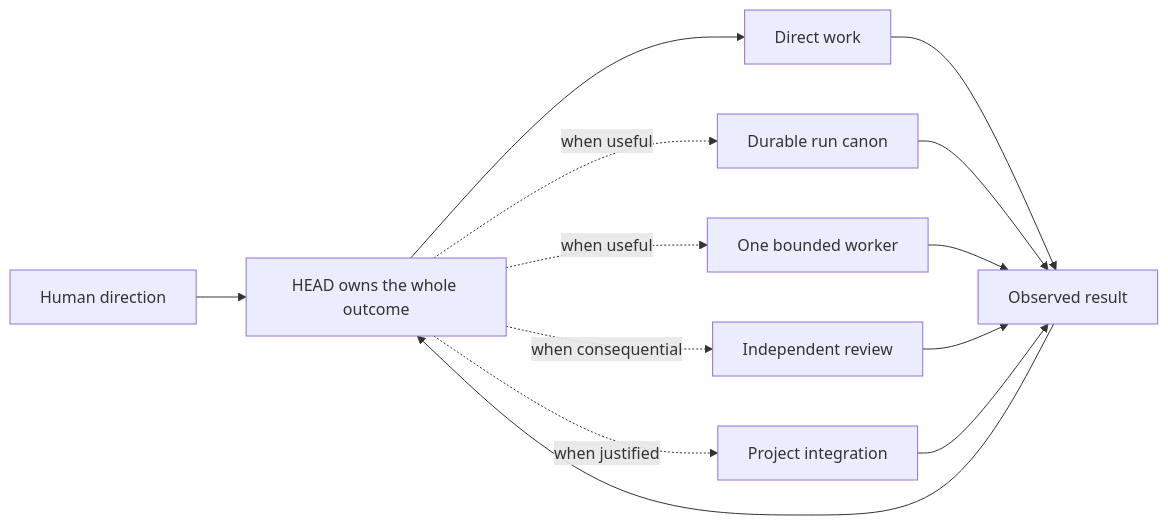
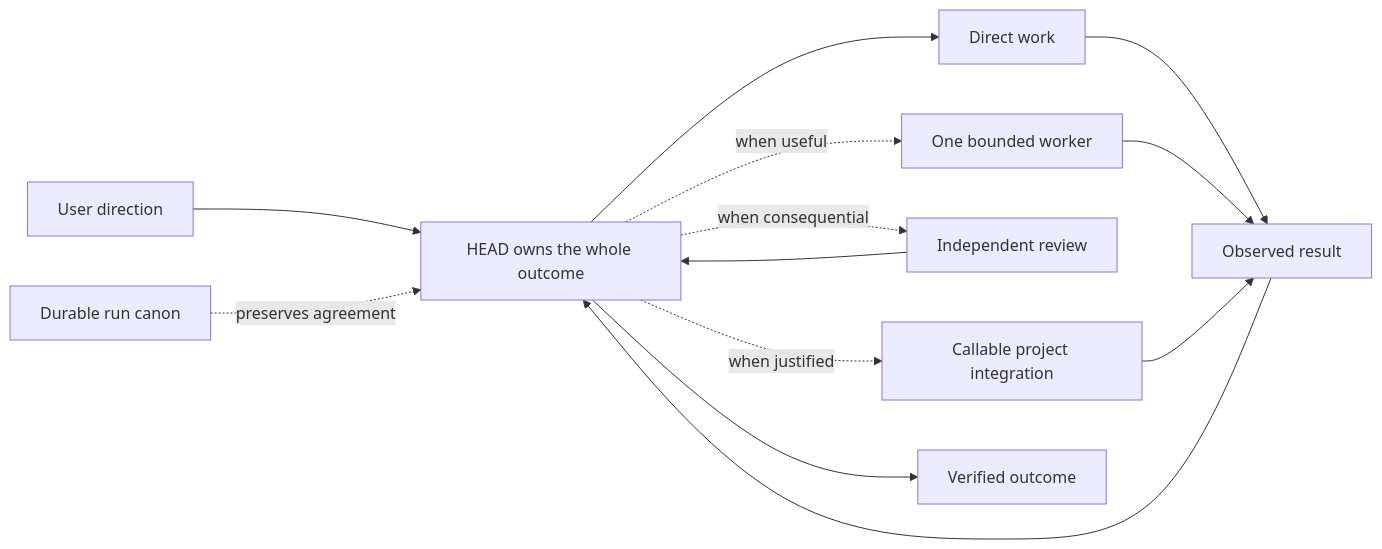
Before and after one commit to Won6314/head-agent-core: the diagram in learn/11-adoption/README.md, drawn with Mermaid. The commit also changed 10 other files, not shown here.

````diff
--- a/learn/11-adoption/README.md
+++ b/learn/11-adoption/README.md
@@ -13,15 +13,15 @@
 ```mermaid
 flowchart LR
-    U[Human direction] --> H[HEAD owns the whole outcome]
+    U[User direction] --> H[HEAD owns the whole outcome]
     H --> D[Direct work]
-    H -. when useful .-> R[Durable run canon]
+    R[Durable run canon] -. preserves agreement .-> H
     H -. when useful .-> W[One bounded worker]
     H -. when consequential .-> V[Independent review]
-    H -. when justified .-> I[Project integration]
+    H -. when justified .-> I[Callable project integration]
     D --> E[Observed result]
-    R --> E
     W --> E
-    V --> E
     I --> E
     E --> H
+    V --> H
+    H --> O[Verified outcome]
 ```
````
